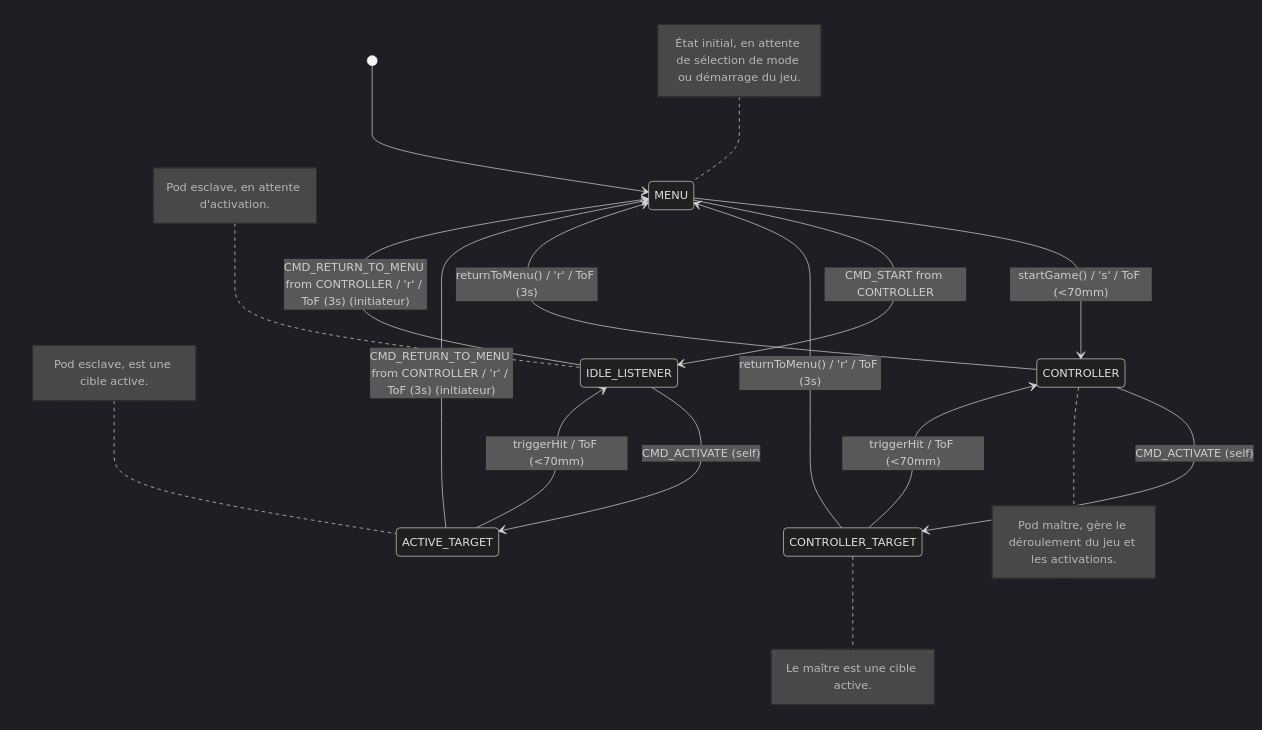
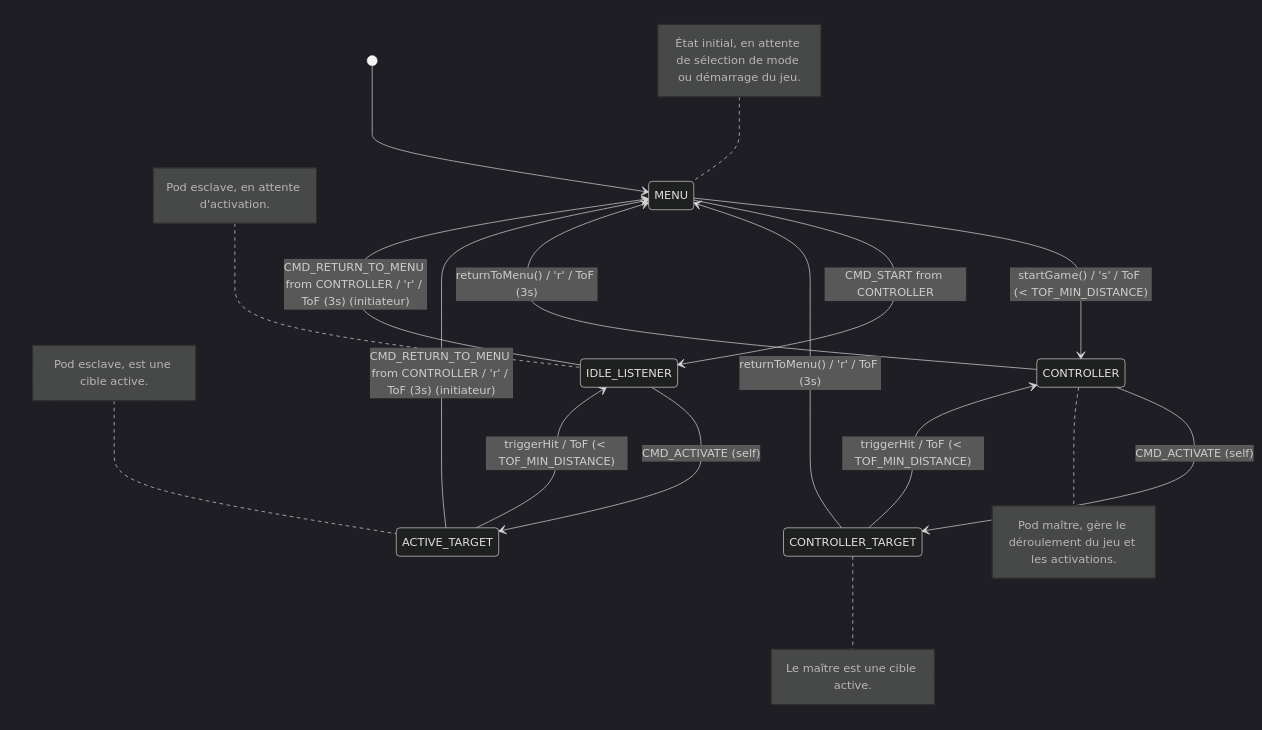
Before and after one commit to Forestierr/Light_trainer: the diagram in 5_Programmation/XIAO-esp32/main/README.md, drawn with Mermaid (dark theme). The commit also changed other lines of this file and 252 other files, not shown here.

First line of the commit message:
feat: V3 firmware architecture, dynamic master election, GZIP web optimization & repo cleanup

````diff
--- a/5_Programmation/XIAO-esp32/main/README.md
+++ b/5_Programmation/XIAO-esp32/main/README.md
@@ -109,24 +114,24 @@
 ```mermaid
 stateDiagram-v2
     [*] --> MENU
 
-    MENU --> CONTROLLER : startGame() / 's' / ToF (<70mm)
+    MENU --> CONTROLLER : startGame() / 's' / ToF (< TOF_MIN_DISTANCE)
     MENU --> IDLE_LISTENER : CMD_START from CONTROLLER
 
     CONTROLLER --> CONTROLLER_TARGET : CMD_ACTIVATE (self)
-    CONTROLLER_TARGET --> CONTROLLER : triggerHit / ToF (<70mm)
+    CONTROLLER_TARGET --> CONTROLLER : triggerHit / ToF (< TOF_MIN_DISTANCE)
 
     IDLE_LISTENER --> ACTIVE_TARGET : CMD_ACTIVATE (self)
-    ACTIVE_TARGET --> IDLE_LISTENER : triggerHit / ToF (<70mm)
+    ACTIVE_TARGET --> IDLE_LISTENER : triggerHit / ToF (< TOF_MIN_DISTANCE)
 
     CONTROLLER --> MENU : returnToMenu() / 'r' / ToF (3s)
     CONTROLLER_TARGET --> MENU : returnToMenu() / 'r' / ToF (3s)
     IDLE_LISTENER --> MENU : CMD_RETURN_TO_MENU from CONTROLLER / 'r' / ToF (3s) (initiateur)
     ACTIVE_TARGET --> MENU : CMD_RETURN_TO_MENU from CONTROLLER / 'r' / ToF (3s) (initiateur)
 
     note left of MENU : État initial, en attente de sélection de mode ou démarrage du jeu.
     note right of CONTROLLER : Pod maître, gère le déroulement du jeu et les activations.
     note right of CONTROLLER_TARGET : Le maître est une cible active.
     note left of IDLE_LISTENER : Pod esclave, en attente d'activation.
     note left of ACTIVE_TARGET : Pod esclave, est une cible active.
 ```
````
